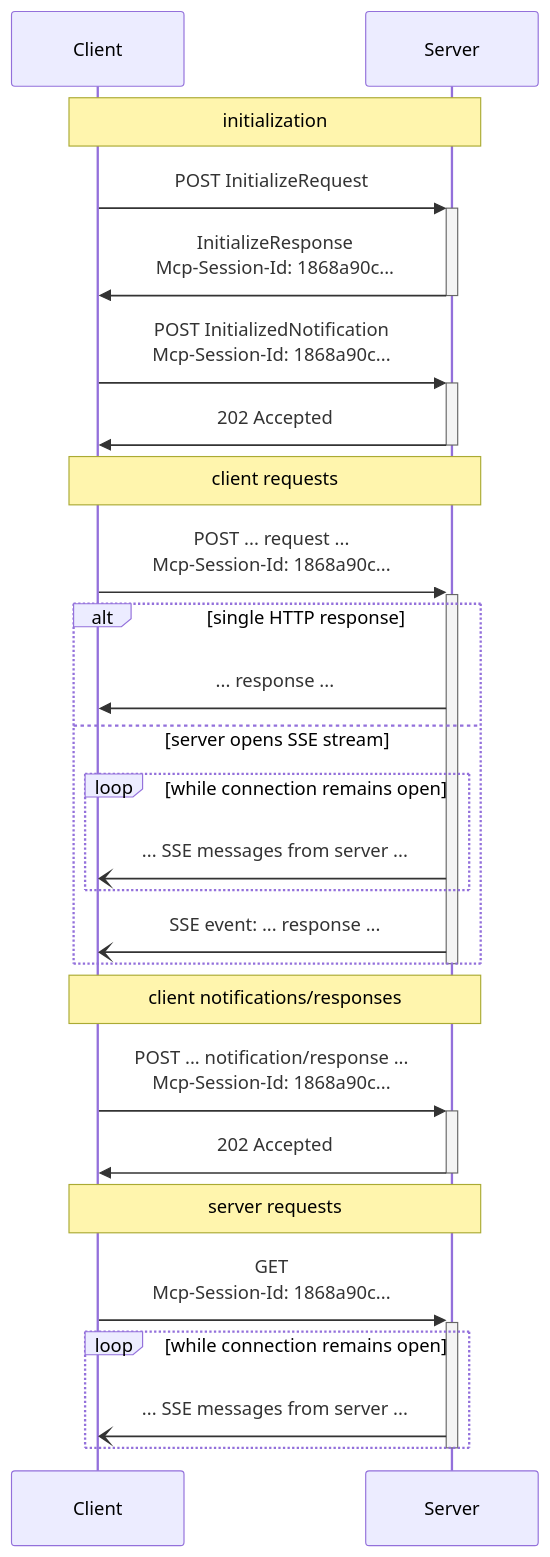
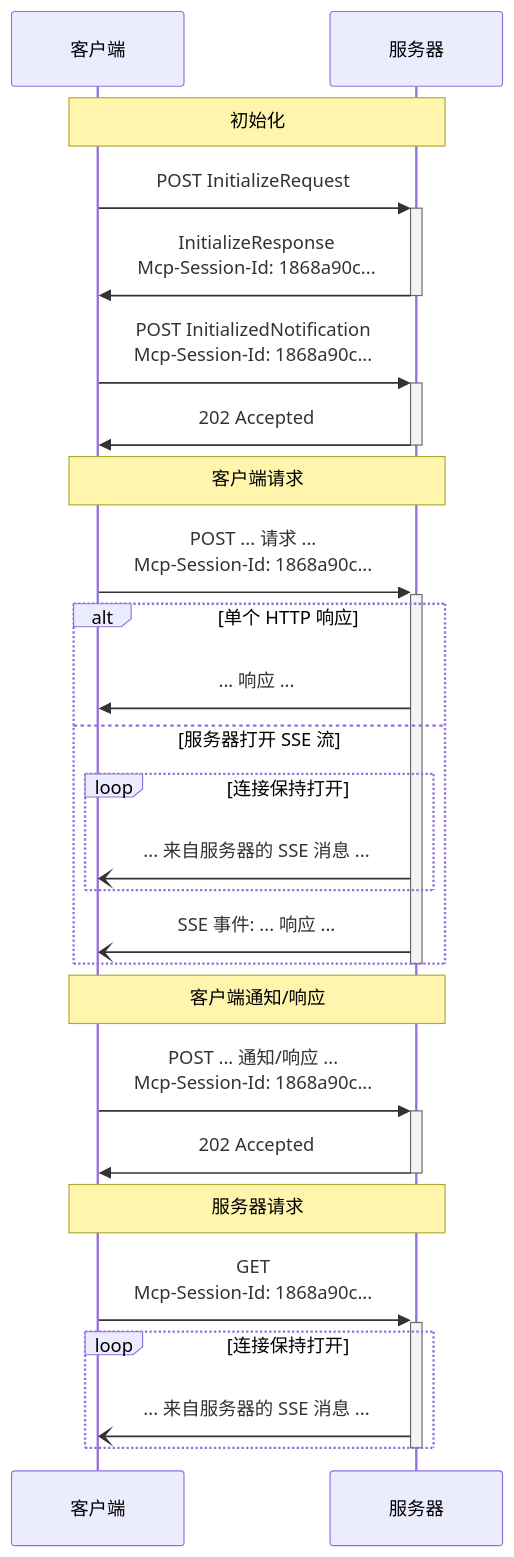
Before and after one commit to modelcontextprotocol/specification: the second of 2 diagrams in docs/zh/specification/2025-03-26/basic/transports.md, drawn with Mermaid. The commit also changed other lines of this file and 1 other file, not shown here.

````diff
--- a/docs/zh/specification/2025-03-26/basic/transports.md
+++ b/docs/zh/specification/2025-03-26/basic/transports.md
@@ -201,38 +128,38 @@
 ```mermaid
 sequenceDiagram
-    participant Client
-    participant Server
+    participant 客户端
+    participant 服务器
 
-    note over Client, Server: initialization
+    note over 客户端, 服务器: 初始化
 
-    Client->>+Server: POST InitializeRequest
-    Server->>-Client: InitializeResponse<br>Mcp-Session-Id: 1868a90c...
+    客户端->>+服务器: POST InitializeRequest
+    服务器->>-客户端: InitializeResponse<br>Mcp-Session-Id: 1868a90c...
 
-    Client->>+Server: POST InitializedNotification<br>Mcp-Session-Id: 1868a90c...
-    Server->>-Client: 202 Accepted
+    客户端->>+服务器: POST InitializedNotification<br>Mcp-Session-Id: 1868a90c...
+    服务器->>-客户端: 202 Accepted
 
-    note over Client, Server: client requests
-    Client->>+Server: POST ... request ...<br>Mcp-Session-Id: 1868a90c...
+    note over 客户端, 服务器: 客户端请求
+    客户端->>+服务器: POST ... 请求 ...<br>Mcp-Session-Id: 1868a90c...
 
-    alt single HTTP response
-      Server->>Client: ... response ...
-    else server opens SSE stream
-      loop while connection remains open
-          Server-)Client: ... SSE messages from server ...
+    alt 单个 HTTP 响应
+      服务器->>客户端: ... 响应 ...
+    else 服务器打开 SSE 流
+      loop 连接保持打开
+          服务器-)客户端: ... 来自服务器的 SSE 消息 ...
       end
-      Server-)Client: SSE event: ... response ...
+      服务器-)客户端: SSE 事件: ... 响应 ...
     end
-    deactivate Server
+    deactivate 服务器
 
-    note over Client, Server: client notifications/responses
-    Client->>+Server: POST ... notification/response ...<br>Mcp-Session-Id: 1868a90c...
-    Server->>-Client: 202 Accepted
+    note over 客户端, 服务器: 客户端通知/响应
+    客户端->>+服务器: POST ... 通知/响应 ...<br>Mcp-Session-Id: 1868a90c...
+    服务器->>-客户端: 202 Accepted
 
-    note over Client, Server: server requests
-    Client->>+Server: GET<br>Mcp-Session-Id: 1868a90c...
-    loop while connection remains open
-        Server-)Client: ... SSE messages from server ...
+    note over 客户端, 服务器: 服务器请求
+    客户端->>+服务器: GET<br>Mcp-Session-Id: 1868a90c...
+    loop 连接保持打开
+        服务器-)客户端: ... 来自服务器的 SSE 消息 ...
     end
-    deactivate Server
+    deactivate 服务器
 
 ```
````
